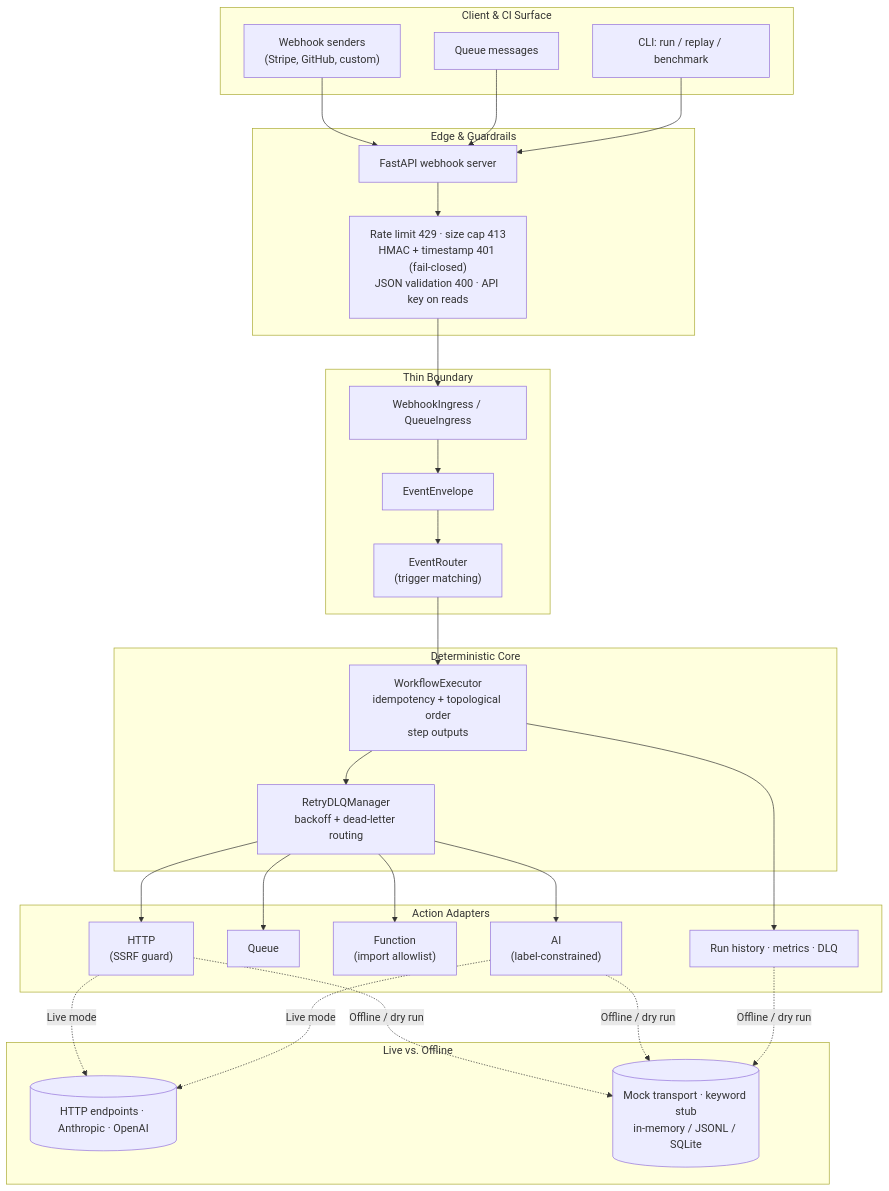
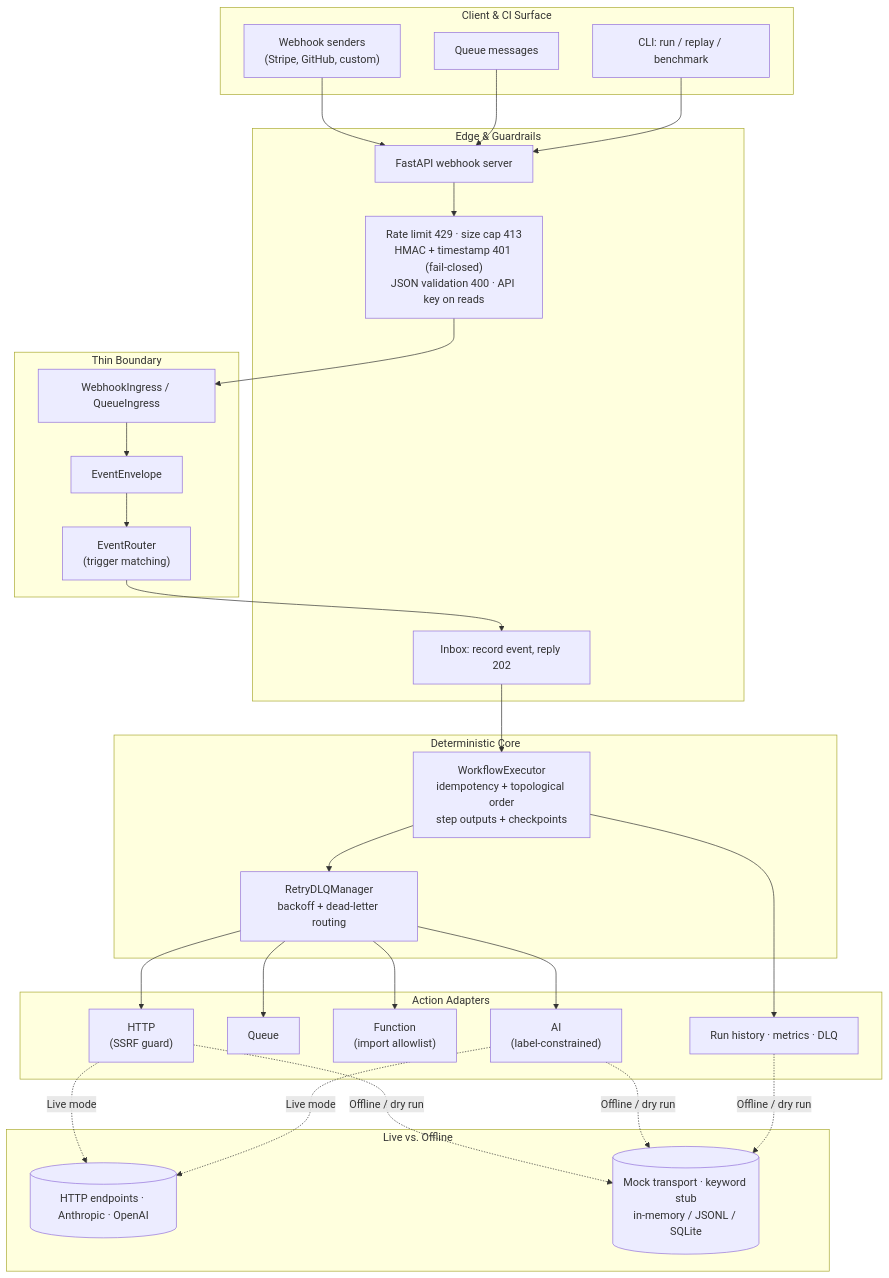
Before and after one commit to AshraHossain/event-triggered-automation-agent: the first of 2 diagrams in README.md, drawn with Mermaid. The commit also changed other lines of this file and 5 other files, not shown here.

````diff
--- a/README.md
+++ b/README.md
@@ -21,38 +21,39 @@
 ```mermaid
 flowchart TB
     subgraph Client["Client & CI Surface"]
         WH["Webhook senders<br/>(Stripe, GitHub, custom)"]
         Q["Queue messages"]
         CLI["CLI: run / replay / benchmark"]
     end
     subgraph Edge["Edge & Guardrails"]
         API["FastAPI webhook server"]
         GUARD["Rate limit 429 · size cap 413<br/>HMAC + timestamp 401 (fail-closed)<br/>JSON validation 400 · API key on reads"]
+        INBOX["Inbox: record event, reply 202"]
     end
     subgraph Boundary["Thin Boundary"]
         ING["WebhookIngress / QueueIngress"]
         ENV["EventEnvelope"]
         ROUTE["EventRouter<br/>(trigger matching)"]
     end
     subgraph Core["Deterministic Core"]
-        EXEC["WorkflowExecutor<br/>idempotency + topological order<br/>step outputs"]
+        EXEC["WorkflowExecutor<br/>idempotency + topological order<br/>step outputs + checkpoints"]
         RETRY["RetryDLQManager<br/>backoff + dead-letter routing"]
     end
     subgraph Adapters["Action Adapters"]
         HTTP["HTTP<br/>(SSRF guard)"]
         QA["Queue"]
         FN["Function<br/>(import allowlist)"]
         AI["AI<br/>(label-constrained)"]
         OBS["Run history · metrics · DLQ"]
     end
     subgraph Backends["Live vs. Offline"]
         LIVE[("HTTP endpoints · Anthropic · OpenAI")]
         MOCK[("Mock transport · keyword stub<br/>in-memory / JSONL / SQLite")]
     end
 
-    WH & Q & CLI --> API --> GUARD --> ING --> ENV --> ROUTE --> EXEC
+    WH & Q & CLI --> API --> GUARD --> ING --> ENV --> ROUTE --> INBOX --> EXEC
     EXEC --> RETRY --> HTTP & QA & FN & AI
     EXEC --> OBS
     HTTP & AI -. "Live mode" .-> LIVE
     HTTP & AI & OBS -. "Offline / dry run" .-> MOCK
 ```
````
